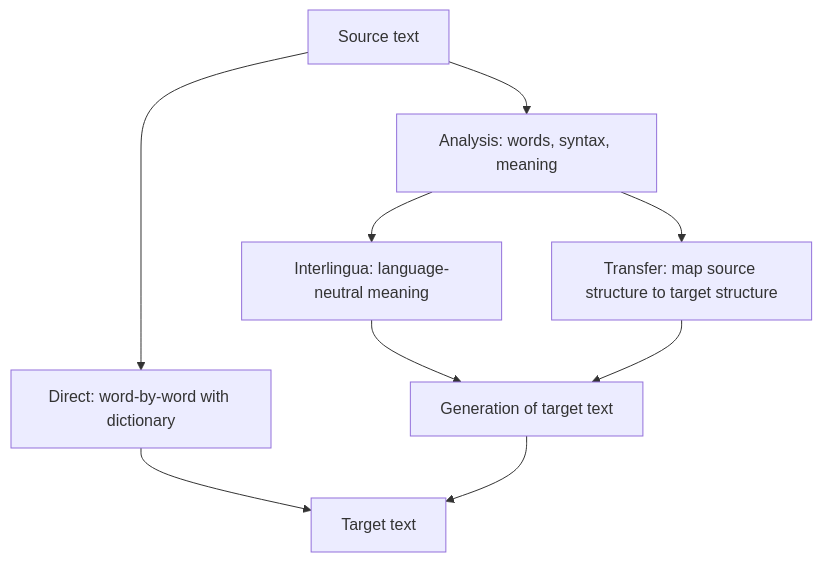
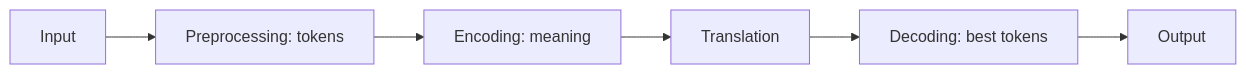
One commit to TrendySloth1001/sem-seven-notes changed the diagram in content/natural-language-processing/pyq/2025-05/q5b.hi.mdx. Above: the diagram before and after it, drawn with Mermaid. The commit also changed other lines of this file and 406 other files, not shown here.

````diff
--- a/content/natural-language-processing/pyq/2025-05/q5b.hi.mdx
+++ b/content/natural-language-processing/pyq/2025-05/q5b.hi.mdx
@@ -22,12 +20,9 @@
 ```mermaid
-%% caption: Rule-based MT ka triangle. Analysis jitna deep, generation ka kaam utna kam. Direct sabse shallow, interlingua sabse deep.
-flowchart TD
-  A["Source text"] --> B["Analysis: words, syntax, meaning"]
-  B --> C["Interlingua: language-neutral meaning"]
-  B --> D["Transfer: map source structure to target structure"]
-  A --> E["Direct: word-by-word with dictionary"]
-  C --> F["Generation of target text"]
-  D --> F
-  E --> G["Target text"]
-  F --> G
+%% caption: Machine translation system ka working.
+flowchart LR
+  A["Input"] --> B["Preprocessing: tokens"]
+  B --> C["Encoding: meaning"]
+  C --> D["Translation"]
+  D --> E["Decoding: best tokens"]
+  E --> F["Output"]
 ```
````
